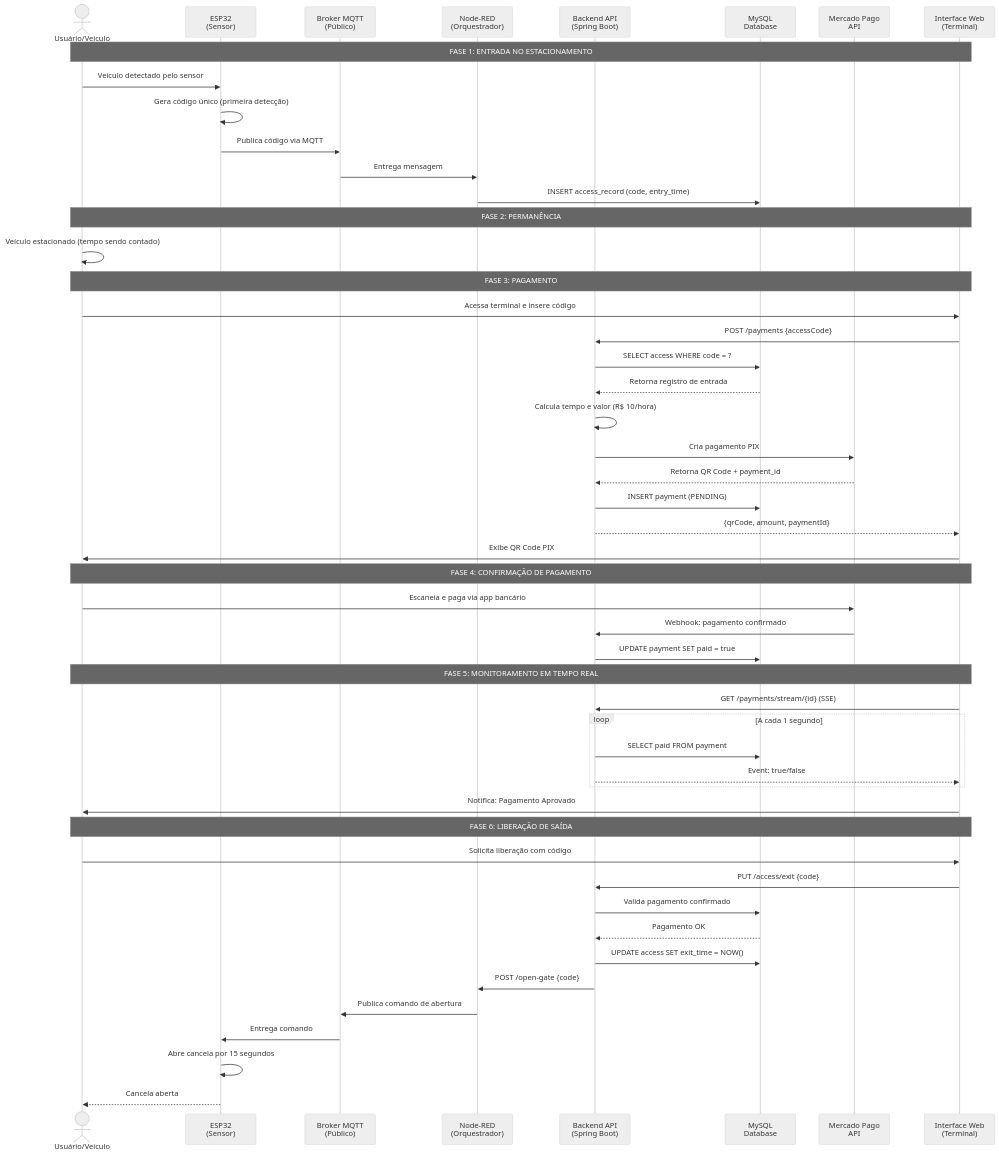
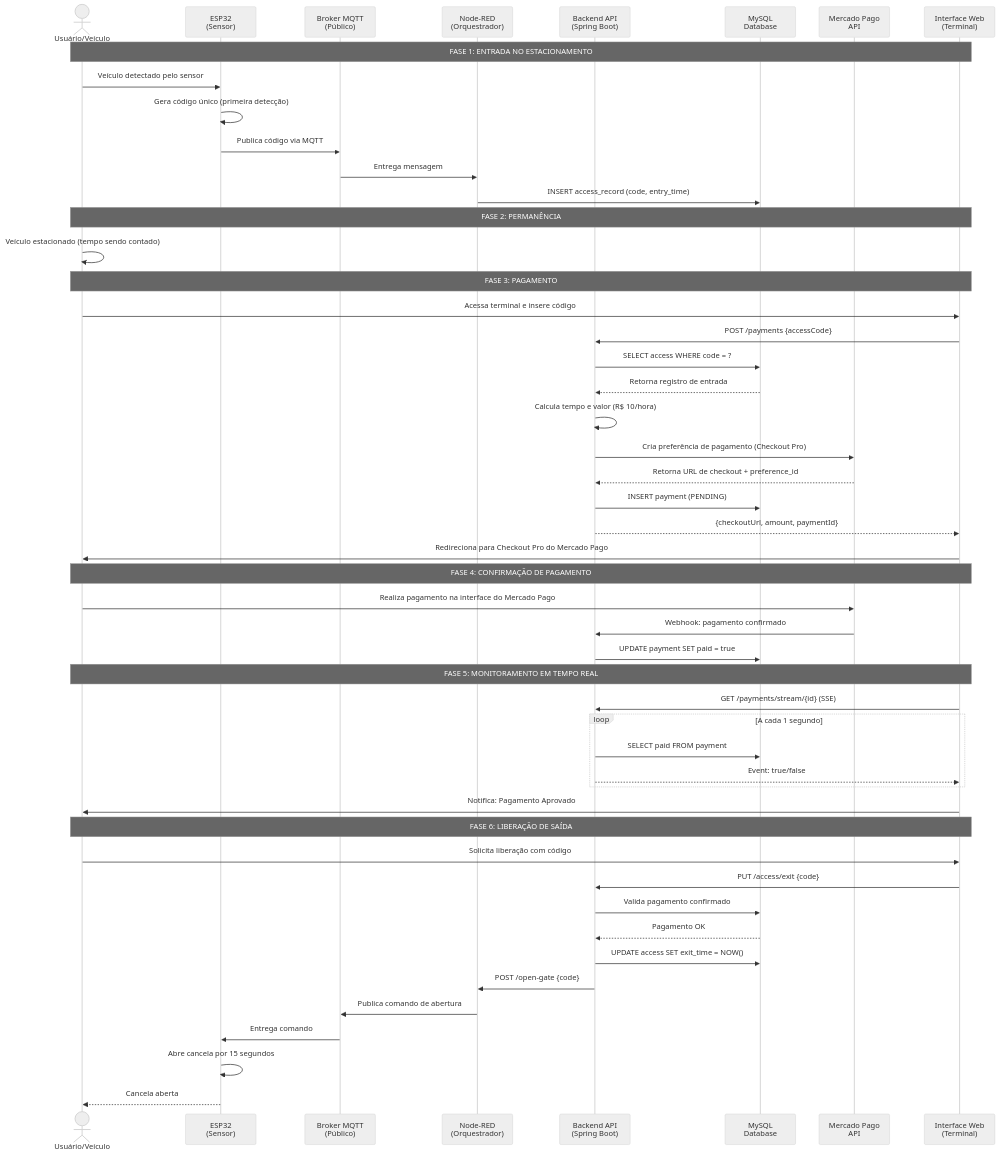
One commit to Luca5Eckert/OpenIt changed the first of 2 diagrams in README.md. Above: the diagram before and after it, drawn with Mermaid (neutral theme). The commit also changed other lines of this file, not shown here.

````diff
--- a/README.md
+++ b/README.md
@@ -92,58 +92,58 @@
 ```mermaid
 sequenceDiagram
     actor User as Usuário/Veículo
     participant ESP as ESP32<br/>(Sensor)
     participant MQTT as Broker MQTT<br/>(Público)
     participant NodeRED as Node-RED<br/>(Orquestrador)
     participant API as Backend API<br/>(Spring Boot)
     participant DB as MySQL<br/>Database
     participant MP as Mercado Pago<br/>API
     participant Web as Interface Web<br/>(Terminal)
 
     Note over User,Web: FASE 1: ENTRADA NO ESTACIONAMENTO
     User->>ESP: Veículo detectado pelo sensor
     ESP->>ESP: Gera código único (primeira detecção)
     ESP->>MQTT: Publica código via MQTT
     MQTT->>NodeRED: Entrega mensagem
     NodeRED->>DB: INSERT access_record (code, entry_time)
     
     Note over User,Web: FASE 2: PERMANÊNCIA
     User->>User: Veículo estacionado (tempo sendo contado)
     
     Note over User,Web: FASE 3: PAGAMENTO
     User->>Web: Acessa terminal e insere código
     Web->>API: POST /payments {accessCode}
     API->>DB: SELECT access WHERE code = ?
     DB-->>API: Retorna registro de entrada
     API->>API: Calcula tempo e valor (R$ 10/hora)
-    API->>MP: Cria pagamento PIX
-    MP-->>API: Retorna QR Code + payment_id
+    API->>MP: Cria preferência de pagamento (Checkout Pro)
+    MP-->>API: Retorna URL de checkout + preference_id
     API->>DB: INSERT payment (PENDING)
-    API-->>Web: {qrCode, amount, paymentId}
-    Web->>User: Exibe QR Code PIX
+    API-->>Web: {checkoutUrl, amount, paymentId}
+    Web->>User: Redireciona para Checkout Pro do Mercado Pago
 
     Note over User,Web: FASE 4: CONFIRMAÇÃO DE PAGAMENTO
-    User->>MP: Escaneia e paga via app bancário
+    User->>MP: Realiza pagamento na interface do Mercado Pago
     MP->>API: Webhook: pagamento confirmado
     API->>DB: UPDATE payment SET paid = true
     
     Note over User,Web: FASE 5: MONITORAMENTO EM TEMPO REAL
     Web->>API: GET /payments/stream/{id} (SSE)
     loop A cada 1 segundo
         API->>DB: SELECT paid FROM payment
         API-->>Web: Event: true/false
     end
     Web->>User: Notifica: Pagamento Aprovado
 
     Note over User,Web: FASE 6: LIBERAÇÃO DE SAÍDA
     User->>Web: Solicita liberação com código
     Web->>API: PUT /access/exit {code}
     API->>DB: Valida pagamento confirmado
     DB-->>API: Pagamento OK
     API->>DB: UPDATE access SET exit_time = NOW()
     API->>NodeRED: POST /open-gate {code}
     NodeRED->>MQTT: Publica comando de abertura
     MQTT->>ESP: Entrega comando
     ESP->>ESP: Abre cancela por 15 segundos
     ESP-->>User: Cancela aberta
 ```
````
